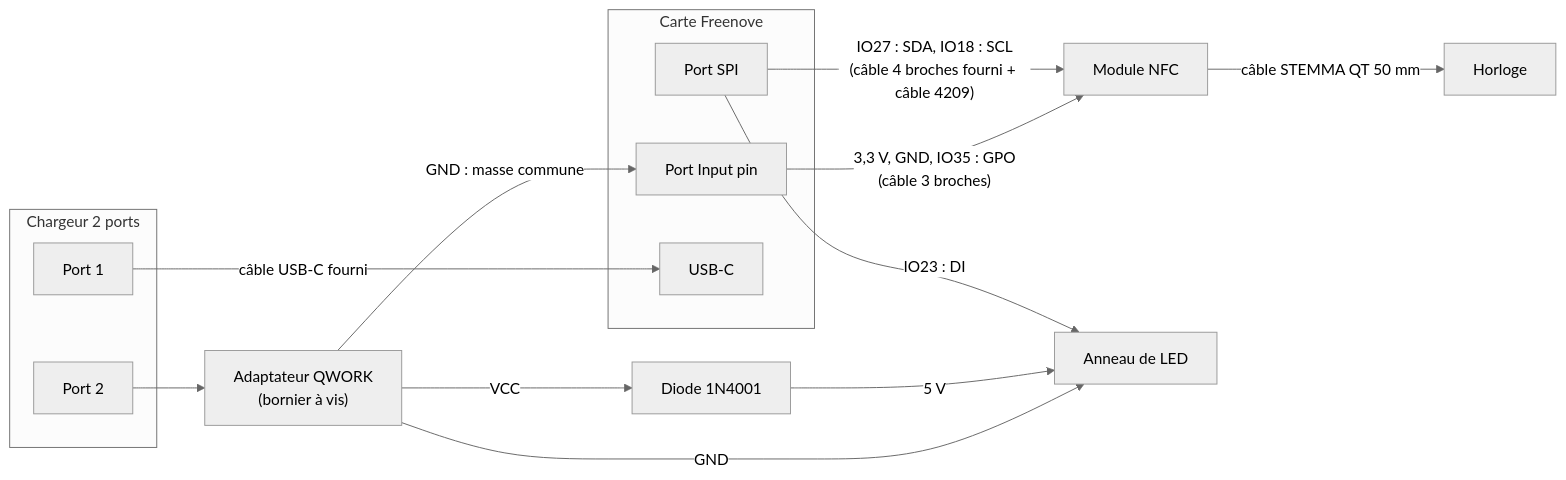
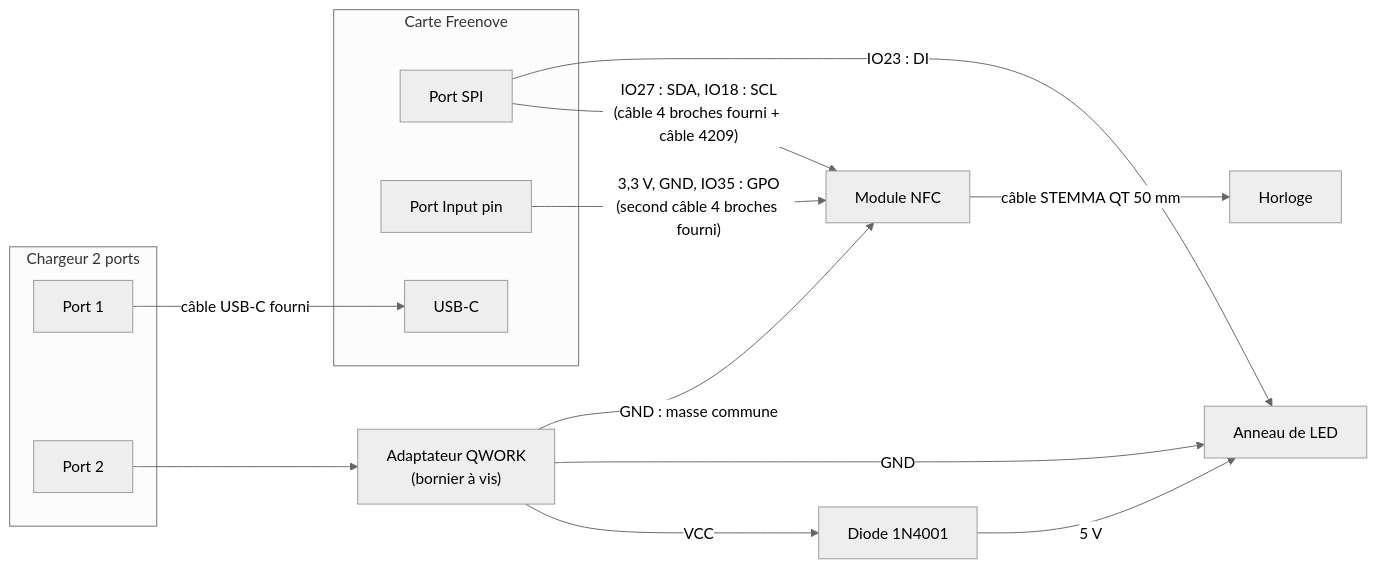
One commit to Scubatana/scubanion changed the second of 2 diagrams in docs/borne-materiel.md. Above: the diagram before and after it, drawn with Mermaid (neutral theme). The commit also changed other lines of this file, not shown here.

````diff
--- a/docs/borne-materiel.md
+++ b/docs/borne-materiel.md
@@ -137,27 +136,27 @@
 ```mermaid
 flowchart LR
   subgraph carte["Carte Freenove"]
     SPI["Port SPI"]
     IN["Port Input pin"]
     USBC["USB-C"]
   end
   subgraph chargeur["Chargeur 2 ports"]
     P1["Port 1"]
     P2["Port 2"]
   end
   NFC["Module NFC"]
   RTC["Horloge"]
   LED["Anneau de LED"]
   QW["Adaptateur QWORK<br/>(bornier à vis)"]
   D["Diode 1N4001"]
 
   SPI -->|"IO27 : SDA, IO18 : SCL<br/>(câble 4 broches fourni + câble 4209)"| NFC
-  IN -->|"3,3 V, GND, IO35 : GPO<br/>(câble 3 broches)"| NFC
+  IN -->|"3,3 V, GND, IO35 : GPO<br/>(second câble 4 broches fourni)"| NFC
   NFC -->|câble STEMMA QT 50 mm| RTC
   SPI -->|IO23 : DI| LED
   P1 -->|câble USB-C fourni| USBC
   P2 --> QW
   QW -->|VCC| D -->|5 V| LED
   QW -->|GND| LED
-  QW -->|GND : masse commune| IN
+  QW -->|GND : masse commune| NFC
 ```
````
